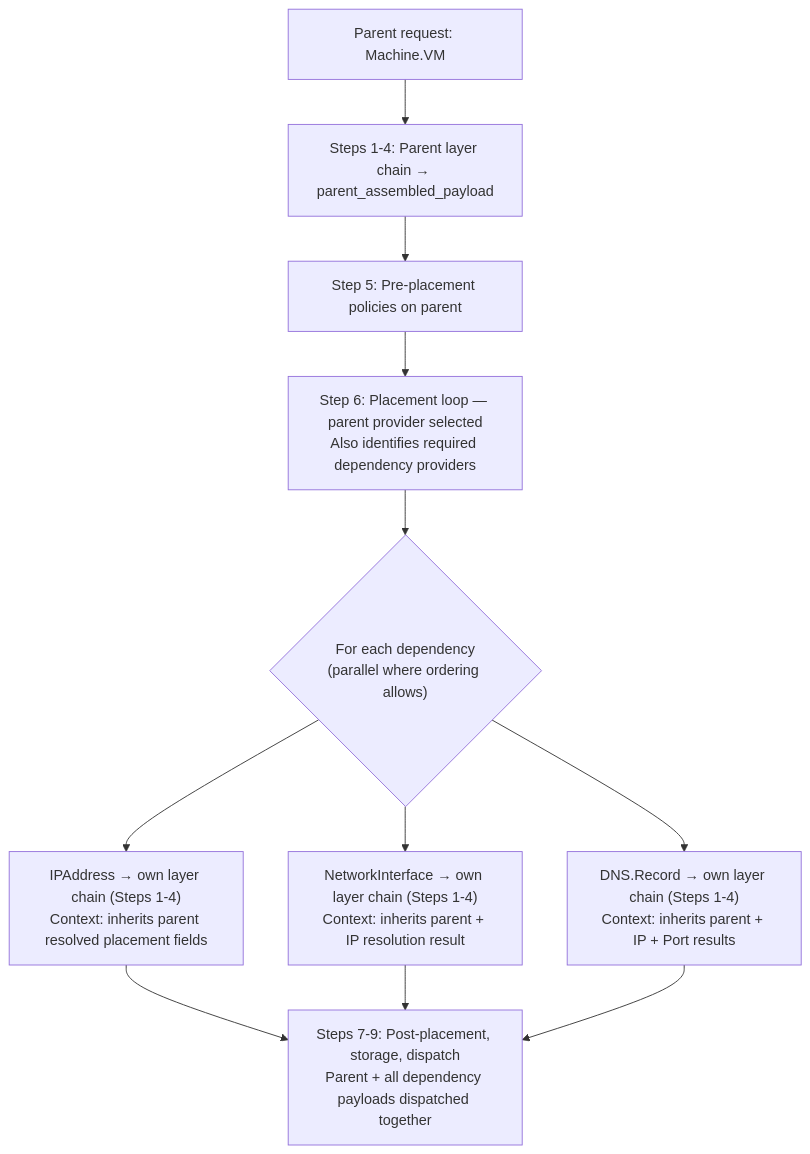
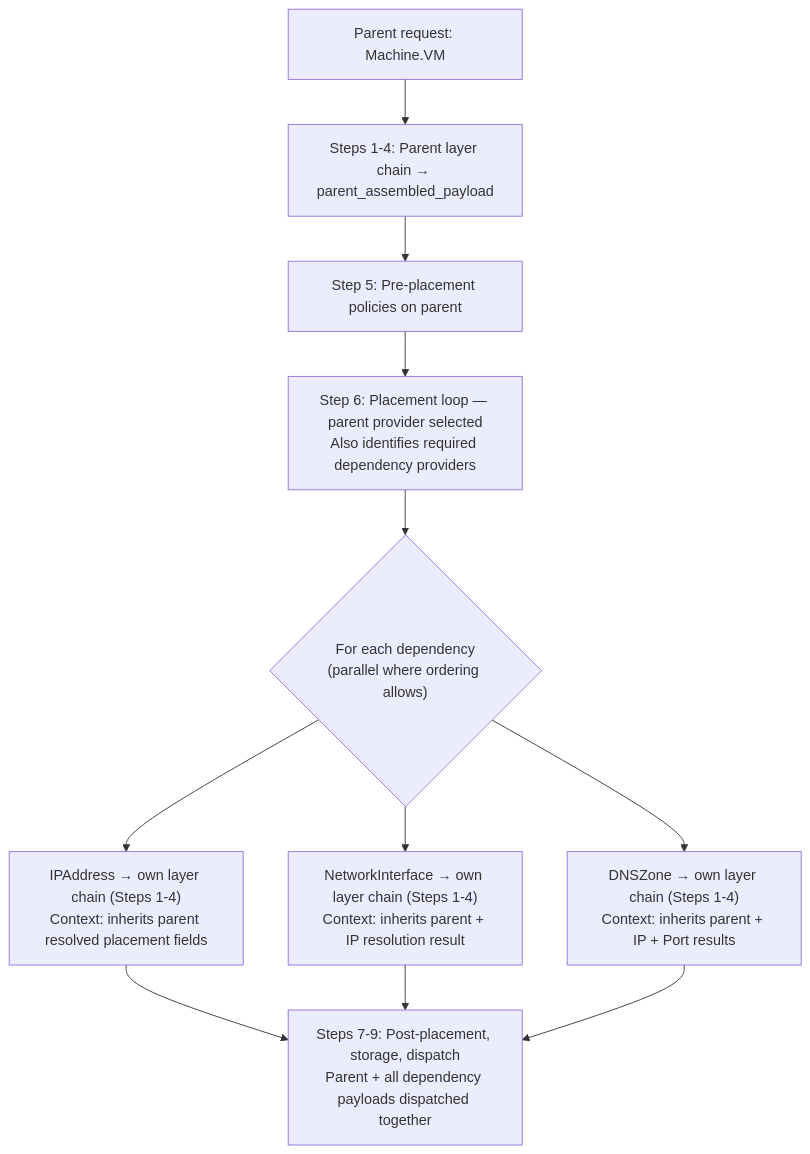
The third of 3 diagrams in docs/spec/foundations/layering-and-versioning-annex.md (croadfeldt/udlm), drawn with Mermaid before and after one commit. The commit also changed 52 other files, not shown here.

First line of the commit message:
docs: bring the surface docs, schema descriptions and examples in line with ADR-082 and the class names

````diff
--- a/docs/spec/foundations/layering-and-versioning-annex.md
+++ b/docs/spec/foundations/layering-and-versioning-annex.md
@@ -296,14 +296,14 @@
 ```mermaid
 flowchart TD
     P["Parent request: Machine.VM"]
     P --> S14["Steps 1-4: Parent layer chain → parent_assembled_payload"]
     S14 --> S5["Step 5: Pre-placement policies on parent"]
     S5 --> S6["Step 6: Placement loop — parent provider selected<br/>Also identifies required dependency providers"]
     S6 --> DEP{"For each dependency<br/>(parallel where ordering allows)"}
     DEP --> IP["IPAddress → own layer chain (Steps 1-4)<br/>Context: inherits parent resolved placement fields"]
     DEP --> PORT["NetworkInterface → own layer chain (Steps 1-4)<br/>Context: inherits parent + IP resolution result"]
-    DEP --> DNS["DNS.Record → own layer chain (Steps 1-4)<br/>Context: inherits parent + IP + Port results"]
+    DEP --> DNS["DNSZone → own layer chain (Steps 1-4)<br/>Context: inherits parent + IP + Port results"]
     IP --> S79["Steps 7-9: Post-placement, storage, dispatch<br/>Parent + all dependency payloads dispatched together"]
     PORT --> S79
     DNS --> S79
 ```
````
